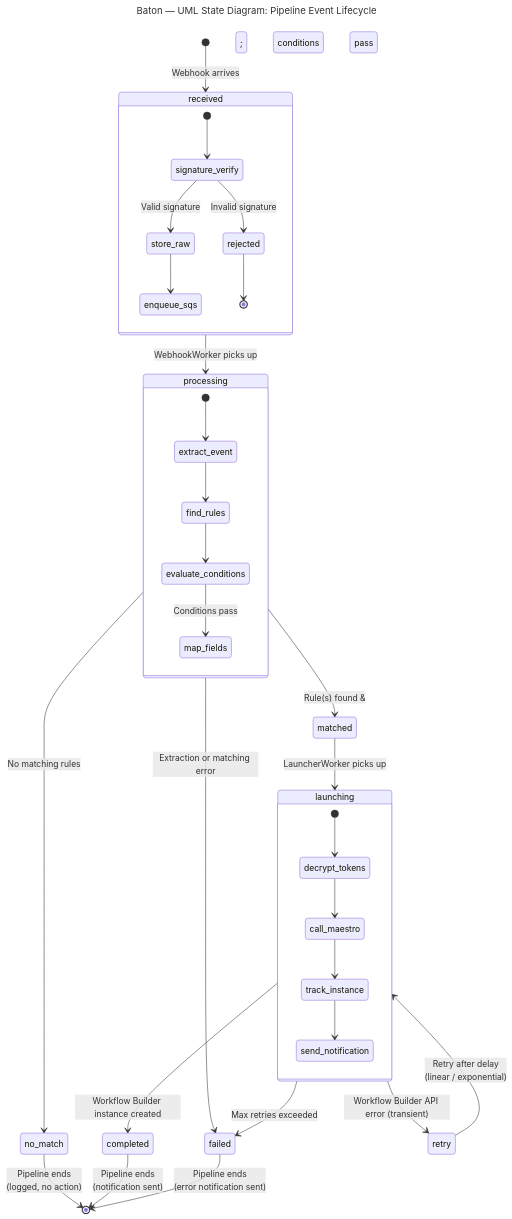
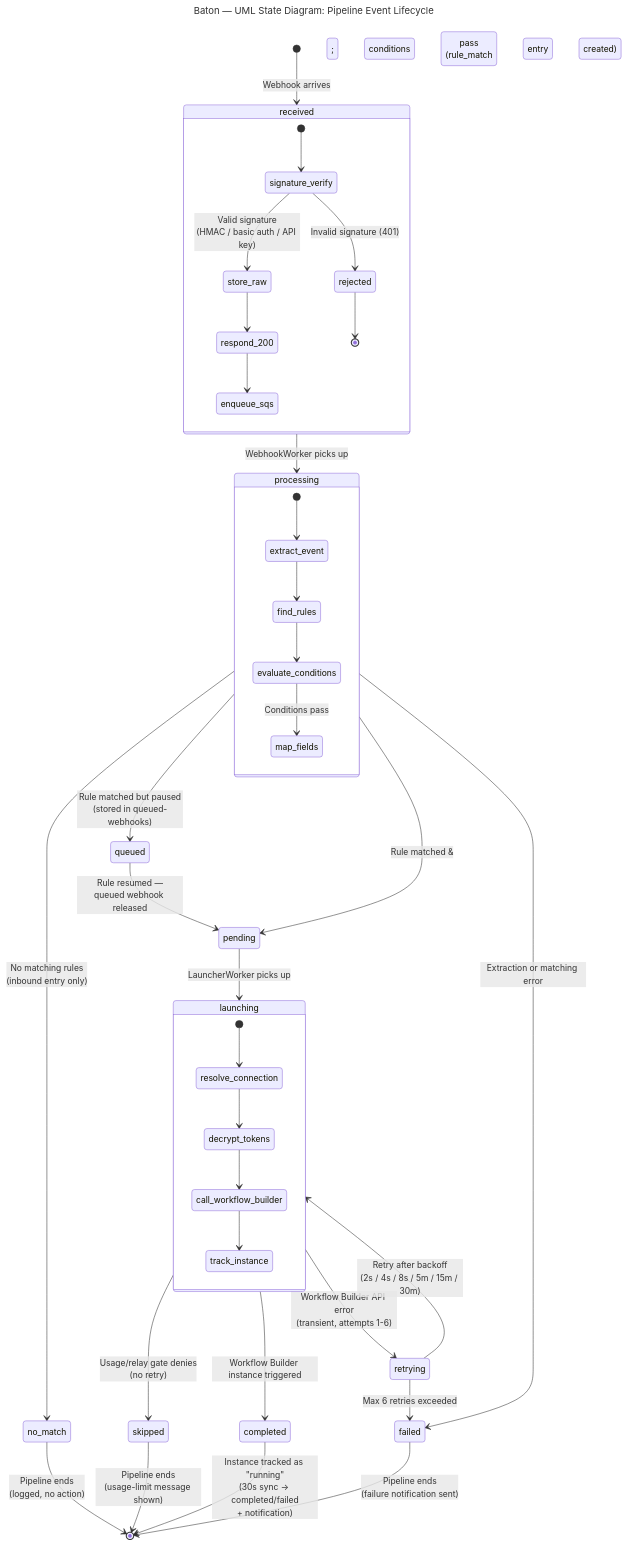
Before and after one commit to docufluidlabs/baton-core: the diagram in baton/docs/uml-state-pipeline.mermaid, drawn with Mermaid. The commit also changed 7 other files, not shown here.

First line of the commit message:
Redraw the architecture diagrams to match the shipped code

```diff
--- a/baton/docs/uml-state-pipeline.mermaid
+++ b/baton/docs/uml-state-pipeline.mermaid
@@ -1,43 +1,48 @@
 ---
 title: "Baton — UML State Diagram: Pipeline Event Lifecycle"
 ---
 stateDiagram-v2
     [*] --> received : Webhook arrives
 
     received --> processing : WebhookWorker picks up
-    processing --> matched : Rule(s) found &amp; conditions pass
-    processing --> no_match : No matching rules
+    processing --> pending : Rule matched &amp; conditions pass<br/>(rule_match entry created)
+    processing --> queued : Rule matched but paused<br/>(stored in queued-webhooks)
+    processing --> no_match : No matching rules<br/>(inbound entry only)
     processing --> failed : Extraction or matching error
 
-    matched --> launching : LauncherWorker picks up
-    launching --> completed : Workflow Builder instance created
-    launching --> retry : Workflow Builder API error (transient)
-    launching --> failed : Max retries exceeded
+    queued --> pending : Rule resumed —<br/>queued webhook released
 
-    retry --> launching : Retry after delay<br/>(linear / exponential)
+    pending --> launching : LauncherWorker picks up
+    launching --> skipped : Usage/relay gate denies<br/>(no retry)
+    launching --> completed : Workflow Builder instance triggered
+    launching --> retrying : Workflow Builder API error<br/>(transient, attempts 1-6)
+    retrying --> launching : Retry after backoff<br/>(2s / 4s / 8s / 5m / 15m / 30m)
+    retrying --> failed : Max 6 retries exceeded
 
     no_match --> [*] : Pipeline ends<br/>(logged, no action)
-    completed --> [*] : Pipeline ends<br/>(notification sent)
-    failed --> [*] : Pipeline ends<br/>(error notification sent)
+    skipped --> [*] : Pipeline ends<br/>(usage-limit message shown)
+    completed --> [*] : Instance tracked as "running"<br/>(30s sync → completed/failed<br/>+ notification)
+    failed --> [*] : Pipeline ends<br/>(failure notification sent)
 
     state received {
         [*] --> signature_verify
-        signature_verify --> store_raw : Valid signature
-        signature_verify --> rejected : Invalid signature
-        store_raw --> enqueue_sqs
+        signature_verify --> store_raw : Valid signature<br/>(HMAC / basic auth / API key)
+        signature_verify --> rejected : Invalid signature (401)
+        store_raw --> respond_200
+        respond_200 --> enqueue_sqs
         rejected --> [*]
     }
 
     state processing {
         [*] --> extract_event
         extract_event --> find_rules
         find_rules --> evaluate_conditions
         evaluate_conditions --> map_fields : Conditions pass
     }
 
     state launching {
-        [*] --> decrypt_tokens
-        decrypt_tokens --> call_maestro
-        call_maestro --> track_instance
-        track_instance --> send_notification
+        [*] --> resolve_connection
+        resolve_connection --> decrypt_tokens
+        decrypt_tokens --> call_workflow_builder
+        call_workflow_builder --> track_instance
     }
```
